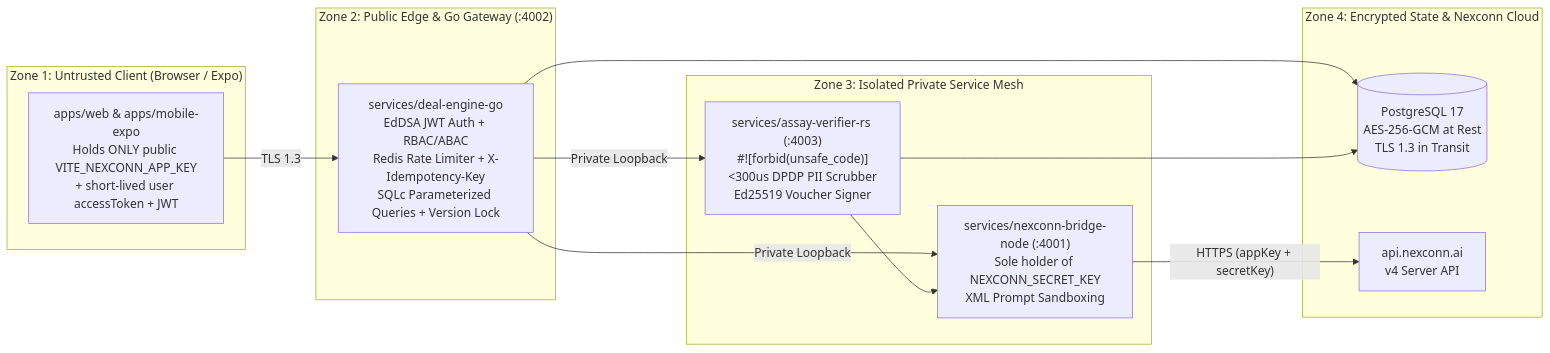
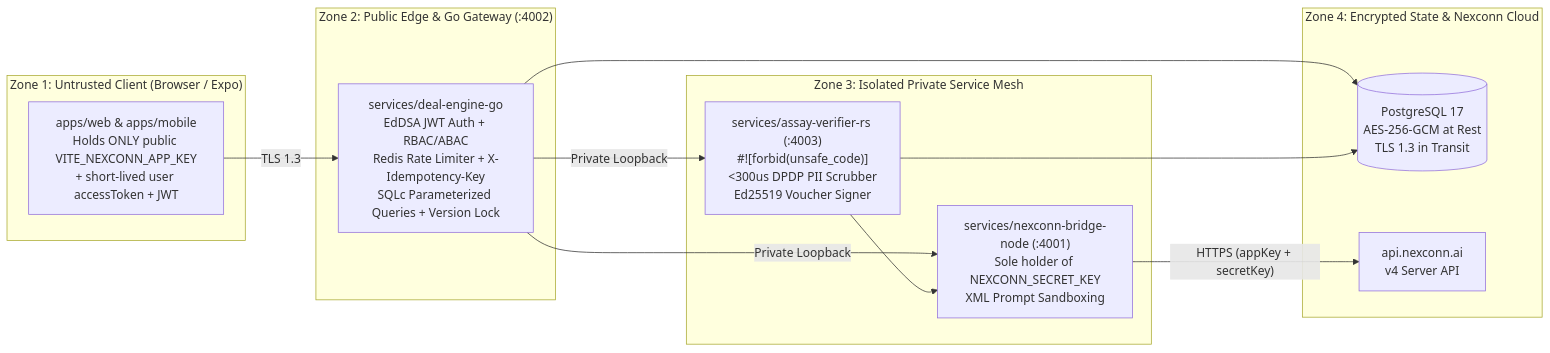
The diagram in docs/06-security-compliance/SECURITY_ARCHITECTURE.md (mridulbansal4/Mudra), drawn with Mermaid before and after one commit. The commit also changed 49 other files, not shown here.

````diff
--- a/docs/06-security-compliance/SECURITY_ARCHITECTURE.md
+++ b/docs/06-security-compliance/SECURITY_ARCHITECTURE.md
@@ -11,26 +11,26 @@
 ```mermaid
 flowchart LR
     subgraph Zone1["Zone 1: Untrusted Client (Browser / Expo)"]
-        UI["apps/web & apps/mobile-expo\nHolds ONLY public VITE_NEXCONN_APP_KEY\n+ short-lived user accessToken + JWT"]
+        UI["apps/web & apps/mobile\nHolds ONLY public VITE_NEXCONN_APP_KEY\n+ short-lived user accessToken + JWT"]
     end
 
     subgraph Zone2["Zone 2: Public Edge & Go Gateway (:4002)"]
         GO["services/deal-engine-go\nEdDSA JWT Auth + RBAC/ABAC\nRedis Rate Limiter + X-Idempotency-Key\nSQLc Parameterized Queries + Version Lock"]
     end
 
     subgraph Zone3["Zone 3: Isolated Private Service Mesh"]
         RUST["services/assay-verifier-rs (:4003)\n#![forbid(unsafe_code)]\n<300us DPDP PII Scrubber\nEd25519 Voucher Signer"]
         NODE["services/nexconn-bridge-node (:4001)\nSole holder of NEXCONN_SECRET_KEY\nXML Prompt Sandboxing"]
     end
 
     subgraph Zone4["Zone 4: Encrypted State & Nexconn Cloud"]
         PG[("PostgreSQL 17\nAES-256-GCM at Rest\nTLS 1.3 in Transit")]
         NC["api.nexconn.ai\nv4 Server API"]
     end
 
     UI -->|"TLS 1.3"| GO
     GO -->|"Private Loopback"| RUST & NODE
     RUST --> NODE
     NODE -->|"HTTPS (appKey + secretKey)"| NC
     GO & RUST --> PG
 ```
````
